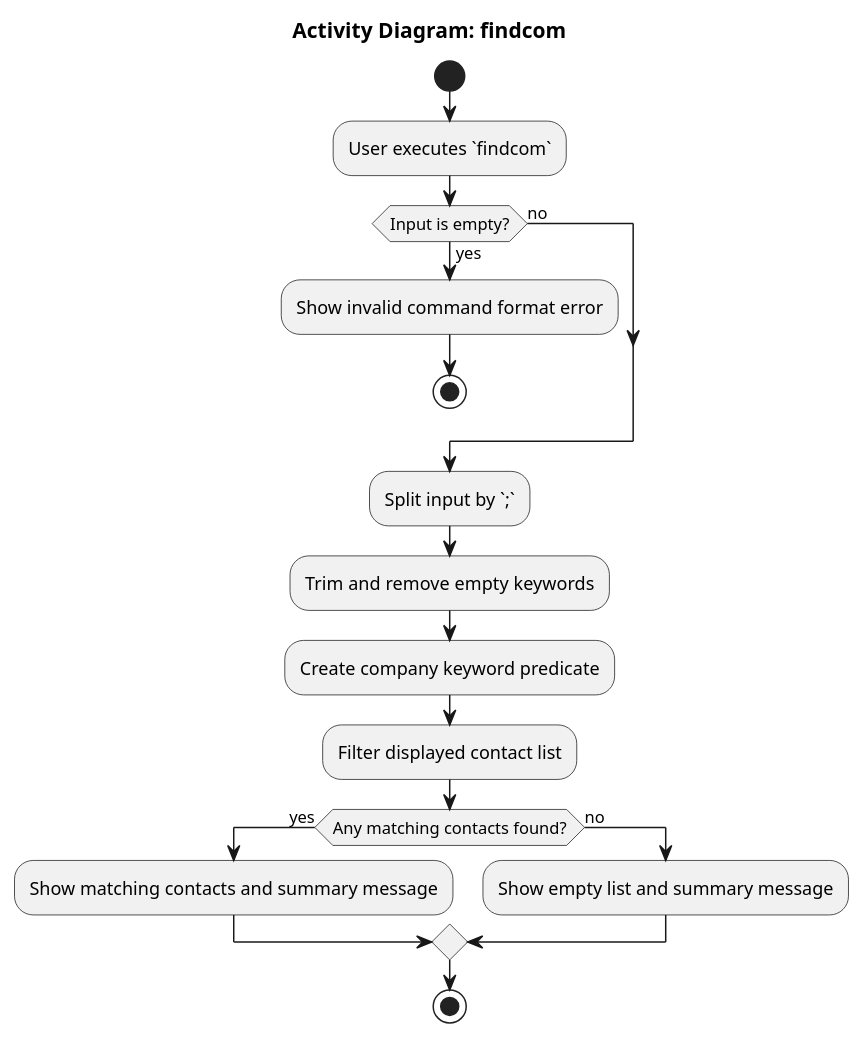
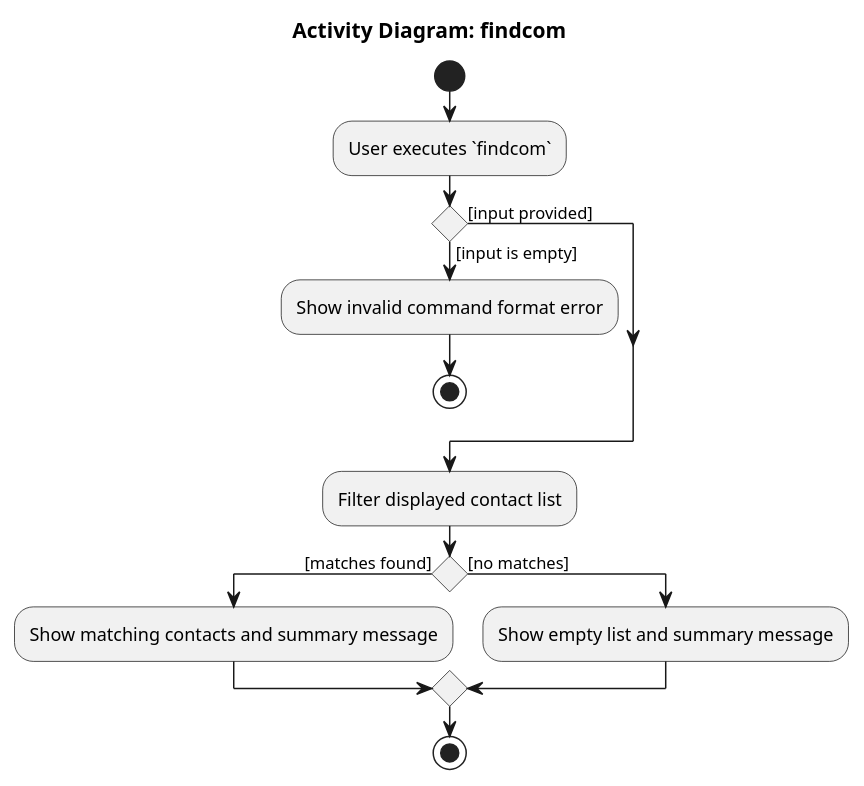
One commit to savagexr3/tp changed the diagram in docs/diagrams/company/FindComActivityDiagram.puml. Above: the diagram before and after it, drawn with PlantUML. The commit also changed 2 other files, not shown here.

Commit message:
Fix condition diamond in Activity Diagram

```diff
--- a/docs/diagrams/company/FindComActivityDiagram.puml
+++ b/docs/diagrams/company/FindComActivityDiagram.puml
@@ -1,26 +1,23 @@
 @startuml
 title Activity Diagram: findcom
 
 start
 
 :User executes `findcom`;
 
-if (Input is empty?) then (yes)
+if () then ([input is empty])
     :Show invalid command format error;
     stop
-else (no)
+else ([input provided])
 endif
 
-:Split input by `;`;
-:Trim and remove empty keywords;
-:Create company keyword predicate;
 :Filter displayed contact list;
 
-if (Any matching contacts found?) then (yes)
+if () then ([matches found])
     :Show matching contacts and summary message;
-else (no)
+else ([no matches])
     :Show empty list and summary message;
 endif
 
 stop
 @enduml
```
